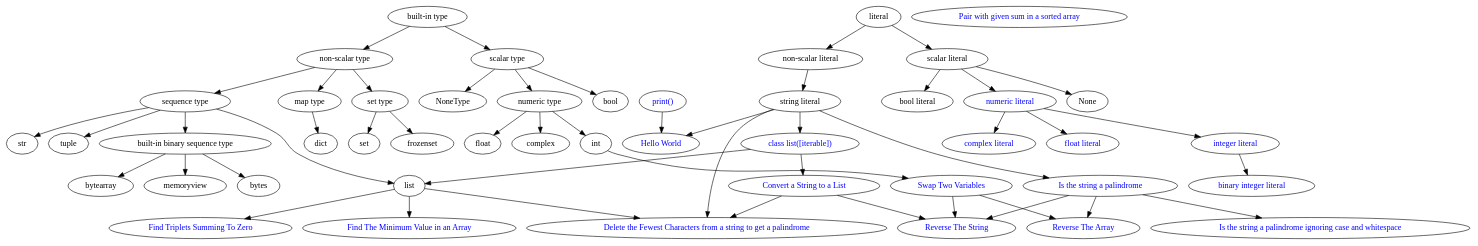
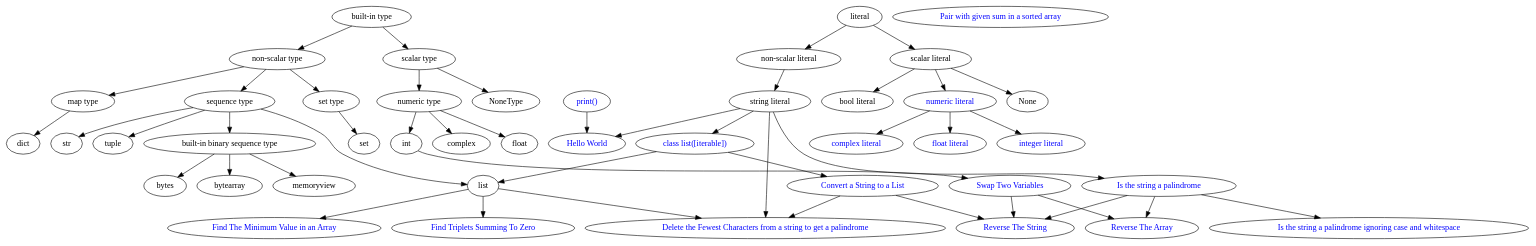
One commit to pflagerd/python-language-feature-family-tree changed the diagram in .dsa-dependency-graph/dsa-dependency-graph.dot. Above: the diagram before and after it, drawn with Graphviz. The commit also changed 1 other file, not shown here.

```diff
--- a/.dsa-dependency-graph/dsa-dependency-graph.dot
+++ b/.dsa-dependency-graph/dsa-dependency-graph.dot
@@ -1,97 +1,97 @@
 strict digraph {
-    bool [label="bool"]
-    binary_integer_literal [label="binary integer literal" href="https://docs.python.org/3/reference/lexical_analysis.html#:~:text=bininteger%20%20%20%3A%3A%3D%20%220%22%20(%22b%22%20%7C%20%22B%22)%20(%5B%22_%22%5D%20bindigit)%2B" target="_blank" fontcolor="blue"]
+#    bool [label="bool"]
+#    binary_integer_literal [label="binary integer literal" href="https://docs.python.org/3/reference/lexical_analysis.html#:~:text=bininteger%20%20%20%3A%3A%3D%20%220%22%20(%22b%22%20%7C%20%22B%22)%20(%5B%22_%22%5D%20bindigit)%2B" target="_blank" fontcolor="blue"]
     builtin_binary_sequence_type [label="built-in binary sequence type"]
     builtin_class_list_constructor [label="class list([iterable])" href="https://docs.python.org/3/library/stdtypes.html#list" target="_blank" fontcolor="blue"]
     builtin_function_print [label="print()" href="https://docs.python.org/3/library/stdtypes.html#list" target="_blank" fontcolor="blue"]
     builtin_literal [label="literal"]
     builtin_map_type [label="map type"]
     builtin_nonscalar_literal [label="non-scalar literal"]
     builtin_nonscalar_literal_string [label="string literal"]
     builtin_nonscalar_type [label="non-scalar type"]
     builtin_scalar_literal [label="scalar literal"]
     builtin_scalar_literal_bool [label="bool literal"]
     builtin_scalar_literal_numeric [label="numeric literal" href="https://docs.python.org/3/reference/lexical_analysis.html#numeric-literals" target="_blank" fontcolor="blue"]
     builtin_scalar_literal_numeric_complex [label="complex literal" href="https://docs.python.org/3/reference/lexical_analysis.html#imaginary-literals" target="_blank" fontcolor="blue"]
     builtin_scalar_literal_numeric_float [label="float literal" href="https://docs.python.org/3/reference/lexical_analysis.html#floating-point-literals" target="_blank" fontcolor="blue"]
     builtin_scalar_literal_numeric_int [label="integer literal" href="https://docs.python.org/3/reference/lexical_analysis.html#integer-literals" target="_blank" fontcolor="blue"]
     builtin_scalar_literal_None [label="None"]
     builtin_scalar_type [label="scalar type"]
     builtin_scalar_numeric_type [label="numeric type"]
     builtin_sequence_type [label="sequence type"]
     builtin_set_type [label="set type"]
     builtin_type [label="built-in type"]
     ConvertStringToList [label="Convert a String to a List" href="https://docs.python.org/3/reference/lexical_analysis.html#numeric-literals" target="_blank" fontcolor="blue"]
     complex [label="complex"]
 #    decimal_integer_literal [label="decimal integer literal" href="https://docs.python.org/3/reference/lexical_analysis.html#:~:text=decinteger%20%20%20%3A%3A%3D%20nonzerodigit%20(%5B%22_%22%5D%20digit)*%20%7C%20%220%22%2B%20(%5B%22_%22%5D%20%220%22)*" target="_blank" fontcolor="blue"]
     DeleteFewestCharactersFromStringToGetPalindrome [label="Delete the Fewest Characters from a string to get a palindrome" href="./dsa/DeleteFewestCharactersFromStringToGetPalindrome" target="_blank" fontcolor="blue"]
     float [label="float"]
     FindTheMinimum [label="Find The Minimum Value in an Array" href="./dsa/FindTheMinimum/problem.html" target="_blank" fontcolor="blue"]
     FindTripletsSummingToZero [label="Find Triplets Summing To Zero" href="./dsa/FindTripletsSummingToZero/problem.html" target="_blank" fontcolor="blue"]
     hello_world [label="Hello World" href="HelloWorld/problem.html" target="_blank" fontcolor="blue"]
 #    hexadecimal_integer_literal [label="hexadecimal integer literal" href="https://docs.python.org/3/reference/lexical_analysis.html#:~:text=hexinteger%20%20%20%3A%3A%3D%20%220%22%20(%22x%22%20%7C%20%22X%22)%20(%5B%22_%22%5D%20hexdigit)%2B" target="_blank" fontcolor="blue"]
     int [label="int"]
     IsTheStringAPalindrome [label="Is the string a palindrome" href="./dsa/IsTheStringAPalindrome/problem.html" target="_blank" fontcolor="blue"]
     IsTheStringAPalindromeIgnoringCaseAndWhiteSpace [label="Is the string a palindrome ignoring case and whitespace" href="./dsa/IsTheStringAPalindromeIgnoringCaseAndWhiteSpace/problem.html" target="_blank" fontcolor="blue"]
     NoneType [label="NoneType"]
 #    octal_integer_literal [label="octal integer literal" href="https://docs.python.org/3/reference/lexical_analysis.html#:~:text=octinteger%20%20%20%3A%3A%3D%20%220%22%20(%22o%22%20%7C%20%22O%22)%20(%5B%22_%22%5D%20octdigit)%2B" target="_blank" fontcolor="blue"]
     PairWithGivenSumInASortedArray [label="Pair with given sum in a sorted array" href="./dsa/PairWithGivenSumInASortedArray/problem.html" target="_blank" fontcolor="blue"]
     ReverseTheArray [label="Reverse The Array" href="./dsa/ReverseTheArray/problem.html" target="_blank" fontcolor="blue"]
     ReverseTheString [label="Reverse The String" href="./dsa/ReverseTheString/problem.html" target="_blank" fontcolor="blue"]
     SwapTwoVariables [label="Swap Two Variables" href="./dsa/SwapTwoVariables/problem.html" target="_blank" fontcolor="blue"]
 
     builtin_binary_sequence_type -> bytes
     builtin_binary_sequence_type -> bytearray
     builtin_binary_sequence_type -> memoryview
     builtin_class_list_constructor -> list
     builtin_class_list_constructor -> ConvertStringToList
     builtin_function_print -> hello_world
     builtin_literal -> builtin_nonscalar_literal
     builtin_literal -> builtin_scalar_literal
     builtin_map_type -> dict
     builtin_nonscalar_type -> builtin_sequence_type
     builtin_nonscalar_type -> builtin_sequence_type
     builtin_nonscalar_type -> builtin_set_type
     builtin_nonscalar_type -> builtin_map_type
     builtin_nonscalar_literal -> builtin_nonscalar_literal_string
     builtin_nonscalar_literal_string -> builtin_class_list_constructor
     builtin_nonscalar_literal_string -> DeleteFewestCharactersFromStringToGetPalindrome
     builtin_nonscalar_literal_string -> hello_world
     builtin_nonscalar_literal_string -> IsTheStringAPalindrome
     builtin_scalar_literal -> builtin_scalar_literal_bool
     builtin_scalar_literal -> builtin_scalar_literal_numeric
     builtin_scalar_literal -> builtin_scalar_literal_None
     builtin_scalar_literal_numeric -> builtin_scalar_literal_numeric_complex
     builtin_scalar_literal_numeric -> builtin_scalar_literal_numeric_float
     builtin_scalar_literal_numeric -> builtin_scalar_literal_numeric_int
-    builtin_scalar_literal_numeric_int -> binary_integer_literal
+#    builtin_scalar_literal_numeric_int -> binary_integer_literal
 #    builtin_scalar_literal_numeric_int -> decimal_integer_literal
 #    builtin_scalar_literal_numeric_int -> hexadecimal_integer_literal
 #    builtin_scalar_literal_numeric_int -> octal_integer_literal
     builtin_scalar_numeric_type -> complex
     builtin_scalar_numeric_type -> float
     builtin_scalar_numeric_type -> int
-    builtin_scalar_type -> bool
+#    builtin_scalar_type -> bool
     builtin_scalar_type -> builtin_scalar_numeric_type
     builtin_scalar_type -> NoneType
     builtin_sequence_type -> list
 #    builtin_sequence_type -> range
     builtin_sequence_type -> str
     builtin_sequence_type -> tuple
     builtin_sequence_type -> builtin_binary_sequence_type
     builtin_set_type -> set
-    builtin_set_type -> frozenset
+#    builtin_set_type -> frozenset
     builtin_type -> builtin_scalar_type
     builtin_type -> builtin_nonscalar_type
     ConvertStringToList -> DeleteFewestCharactersFromStringToGetPalindrome
     ConvertStringToList -> ReverseTheString
     int -> SwapTwoVariables
     IsTheStringAPalindrome -> ReverseTheArray
     IsTheStringAPalindrome -> ReverseTheString
     IsTheStringAPalindrome -> IsTheStringAPalindromeIgnoringCaseAndWhiteSpace
     list -> DeleteFewestCharactersFromStringToGetPalindrome
     list -> FindTheMinimum
     list -> FindTripletsSummingToZero
     SwapTwoVariables -> ReverseTheArray
     SwapTwoVariables -> ReverseTheString
 }
```
